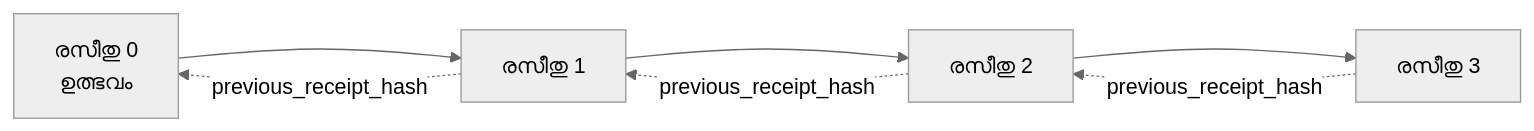
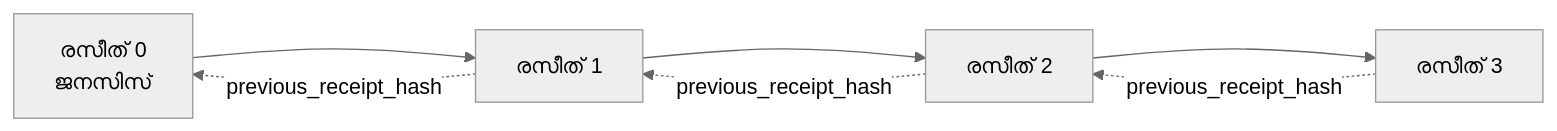
One commit to microsoft/ai-agents-for-beginners changed the second of 2 diagrams in translations/ml/18-securing-ai-agents/README.md. Above: the diagram before and after it, drawn with Mermaid (neutral theme). The commit also changed other lines of this file and 43 other files, not shown here.

````diff
--- a/translations/ml/18-securing-ai-agents/README.md
+++ b/translations/ml/18-securing-ai-agents/README.md
@@ -206,9 +203,9 @@
 ```mermaid
 flowchart LR
-    R0[രസീതു 0<br/>ഉത്ഭവം] --> R1[രസീതു 1]
-    R1 --> R2[രസീതു 2]
-    R2 --> R3[രസീതു 3]
+    R0[രസീത് 0<br/>ജനസിസ്] --> R1[രസീത് 1]
+    R1 --> R2[രസീത് 2]
+    R2 --> R3[രസീത് 3]
     R1 -. previous_receipt_hash .-> R0
     R2 -. previous_receipt_hash .-> R1
     R3 -. previous_receipt_hash .-> R2
 ```
````
